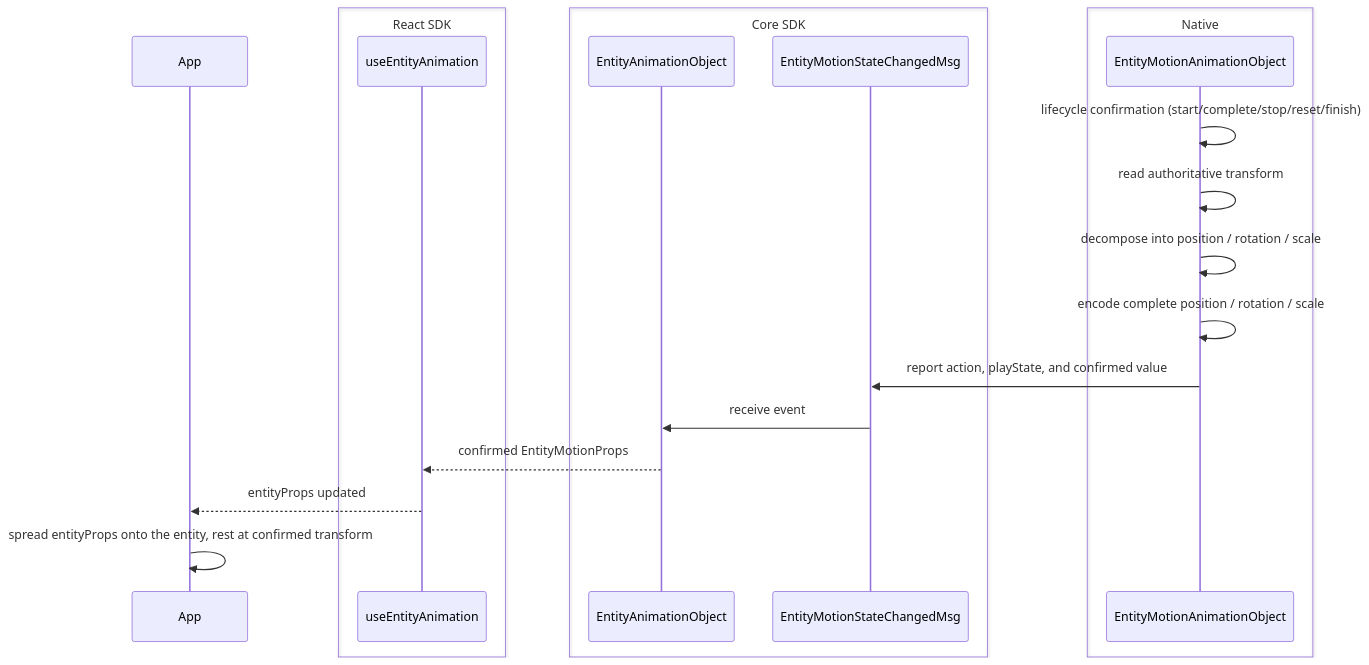
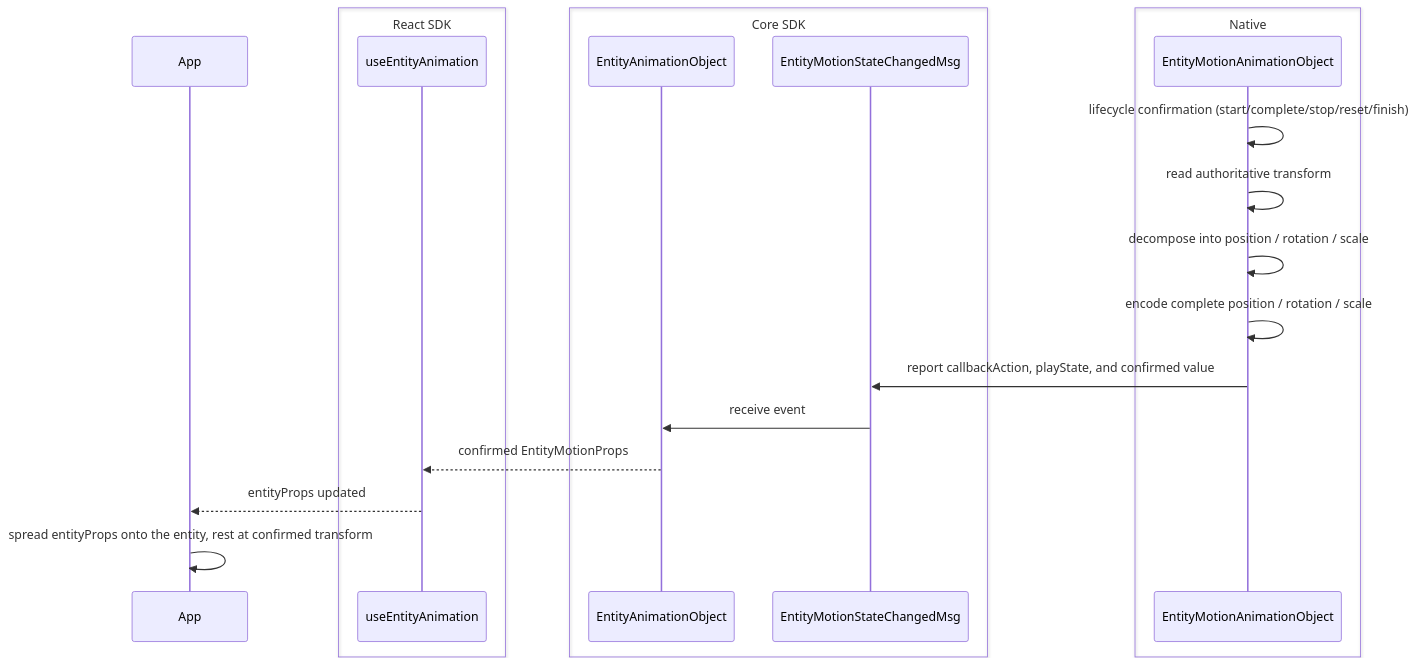
Before and after one commit to webspatial/webspatial-sdk: the fourth of 14 diagrams in openspec/changes/redesign-entity-motion-api/design.md, drawn with Mermaid. The commit also changed other lines of this file and 5 other files, not shown here.

````diff
--- a/openspec/changes/redesign-entity-motion-api/design.md
+++ b/openspec/changes/redesign-entity-motion-api/design.md
@@ -370,24 +370,24 @@
 ```mermaid
 sequenceDiagram
     participant App
     box React SDK
         participant Hook as useEntityAnimation
     end
     box Core SDK
         participant Obj as EntityAnimationObject
         participant Event as EntityMotionStateChangedMsg
     end
     box Native
         participant NativeObj as EntityMotionAnimationObject
     end
 
     NativeObj->>NativeObj: lifecycle confirmation (start/complete/stop/reset/finish)
     NativeObj->>NativeObj: read authoritative transform
     NativeObj->>NativeObj: decompose into position / rotation / scale
     NativeObj->>NativeObj: encode complete position / rotation / scale
-    NativeObj->>Event: report action, playState, and confirmed value
+    NativeObj->>Event: report callbackAction, playState, and confirmed value
     Event->>Obj: receive event
     Obj-->>Hook: confirmed EntityMotionProps
     Hook-->>App: entityProps updated
     App->>App: spread entityProps onto the entity, rest at confirmed transform
 ```
````
